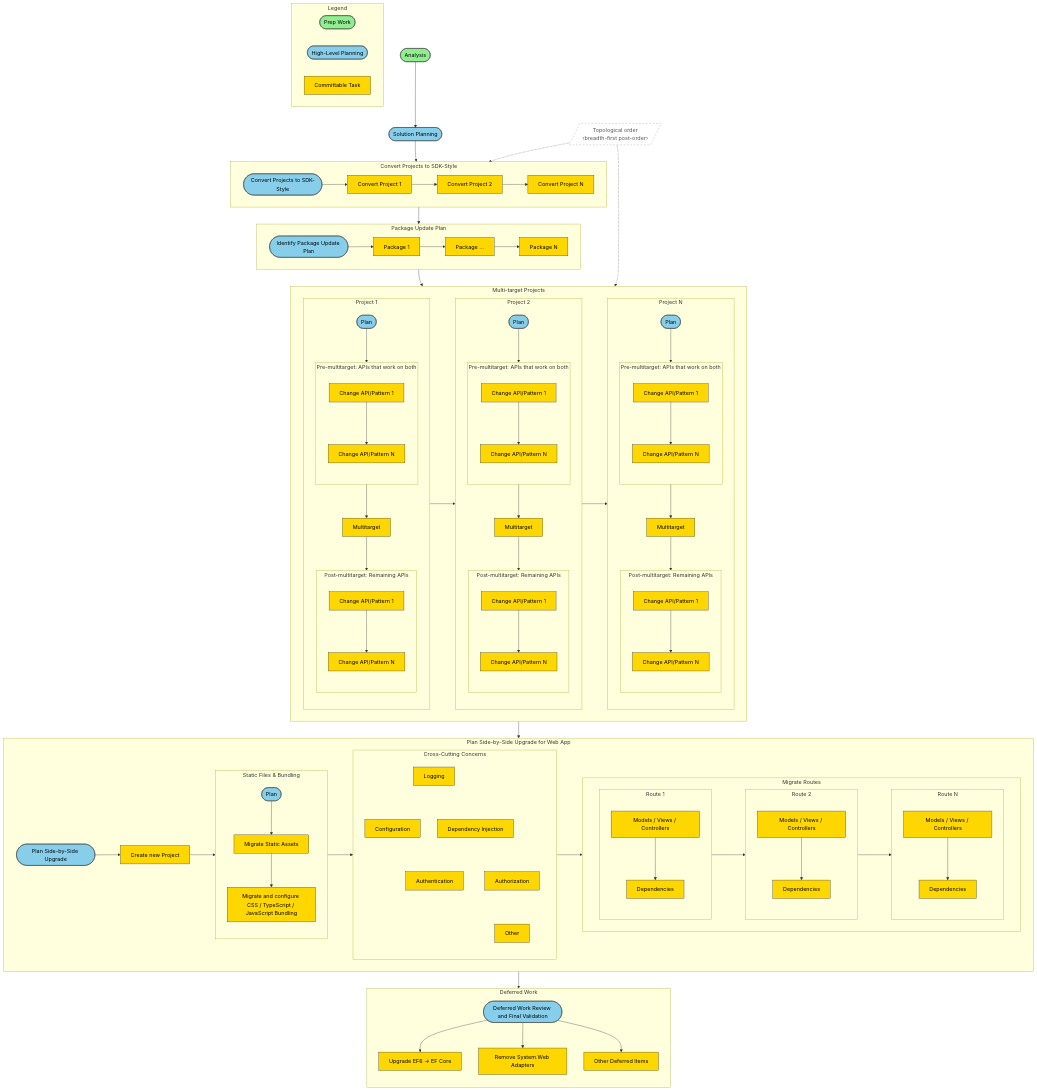
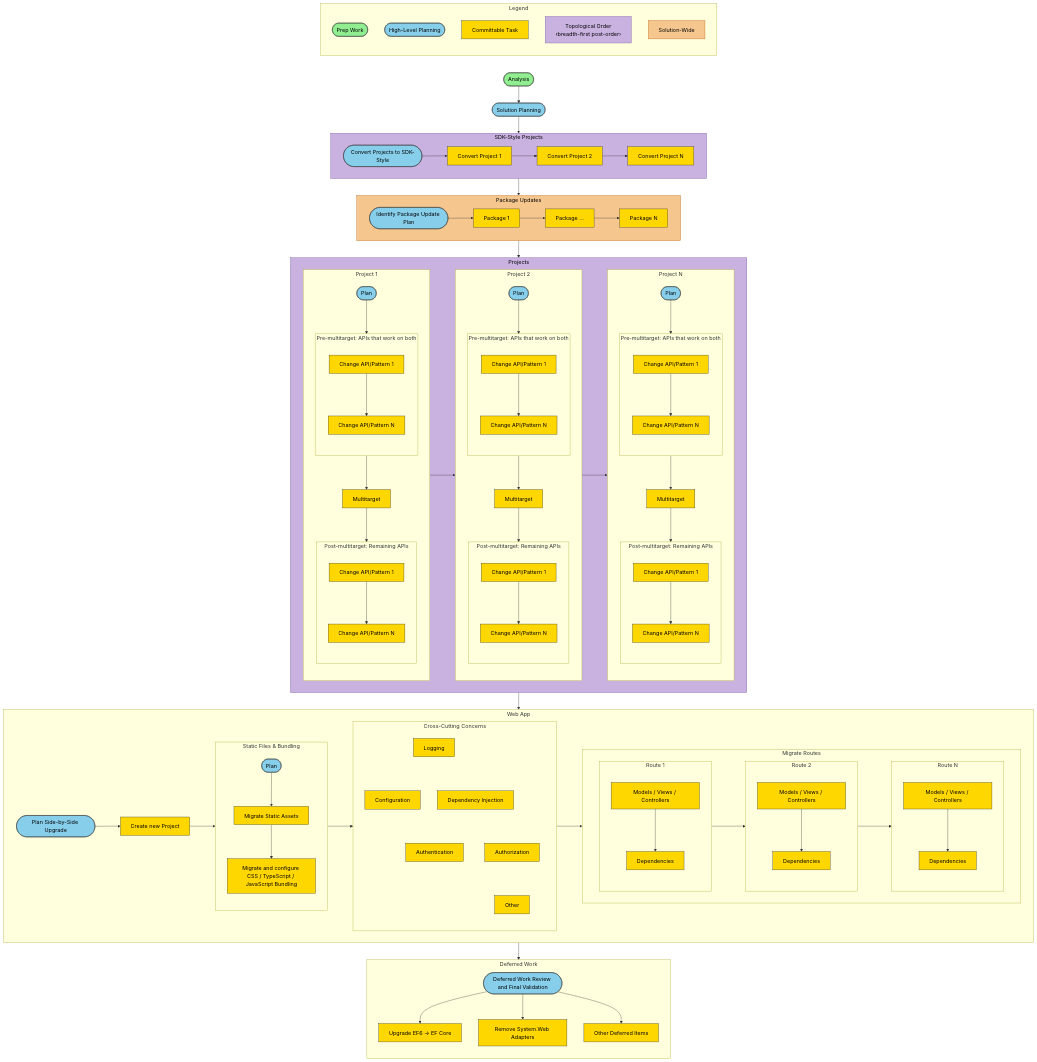
Before and after one commit to twsouthwick/fx2dotnet: the first of 3 diagrams in README.md, drawn with Mermaid. The commit also changed other lines of this file, not shown here.

Commit message:
use coloring for sort

````diff
--- a/README.md
+++ b/README.md
@@ -50,7 +50,7 @@
     A --> B
 
     %% ── SDK-Style Conversion (Breadth First Post-Order with Build-Fix) ──
-    subgraph SDK ["Convert Projects to SDK-Style"]
+    subgraph SDK ["SDK-Style Projects"]
         direction LR
         SDKP([Convert Projects to SDK-Style]):::planning
         SDKP --> S1
@@ -58,13 +58,8 @@
     end
     B --> SDK
 
-    %% ── Shared topological-order annotation ──
-    TOPO[/"Topological order\n‹breadth-first post-order›"/]:::note
-    TOPO -.-> SDK
-    TOPO -.-> INPLACE
-
     %% ── Package Update Plan (Breadth First Post-Order Traversal) ──
-    subgraph PKG ["Package Update Plan"]
+    subgraph PKG ["Package Updates"]
         direction LR
         PKGP([Identify Package Update Plan]):::planning
         PKGP --> P1
@@ -73,7 +68,7 @@
     SDK --> PKG
 
     %% ── In-Place Upgrades per Project (Breadth First Post-Order Traversal) ──
-    subgraph INPLACE ["Multi-target Projects"]
+    subgraph INPLACE ["Projects"]
         direction LR
 
         subgraph LIB1 ["Project 1"]
@@ -135,7 +130,7 @@
     PKG --> INPLACE
 
     %% ── Side-by-Side Web App Migration ──
-    subgraph MVC ["Plan Side-by-Side Upgrade for Web App"]
+    subgraph MVC ["Web App"]
         direction LR
         MVCP([Plan Side-by-Side Upgrade]):::planning
         MVCP --> M1
@@ -203,13 +198,24 @@
     classDef prep fill:#90EE90,stroke:#333,color:#000
     classDef planning fill:#87CEEB,stroke:#333,color:#000
     classDef task fill:#FFD700,stroke:#333,color:#000
-    classDef note fill:#FFF,stroke:#999,stroke-dasharray:5 5,color:#555
+
+    %% ── Topological-order phase shading ──
+    style SDK fill:#C9B1E0,stroke:#6C4FA0,color:#000
+    style INPLACE fill:#C9B1E0,stroke:#6C4FA0,color:#000
+
+    %% ── Solution-wide phase shading ──
+    style PKG fill:#F5C78E,stroke:#B85C0A,color:#000
 
     %% ── Legend ──
     subgraph Legend
-        direction LR
+        direction TB
         LEG1([Prep Work]):::prep
         LEG2([High-Level Planning]):::planning
         LEG3[Committable Task]:::task
+        LEG4[Topological Order\n‹breadth-first post-order›]:::topo
+        LEG5[Solution-Wide]:::swide
     end
+    Legend ~~~ A
+    classDef topo fill:#C9B1E0,stroke:#6C4FA0,color:#000
+    classDef swide fill:#F5C78E,stroke:#B85C0A,color:#000
 ```
````
